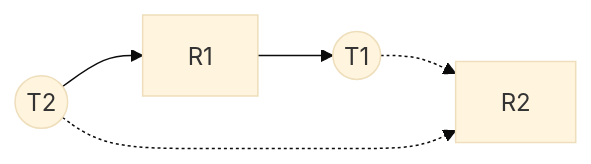
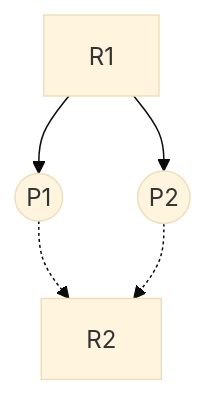
The second of 3 diagrams in materials/08-deadlocks/README.md (1chooo/os-101), drawn with Mermaid (base theme) before and after one commit. The commit also changed other lines of this file and 10 other files, not shown here.

````diff
--- a/materials/08-deadlocks/README.md
+++ b/materials/08-deadlocks/README.md
@@ -210,7 +365,12 @@
 ```mermaid
-graph LR
-    R1[R1] --> T1((T1));
-    T2((T2)) --> R1[R1];
-    T1((T1)) -.-> R2[R2];
-    T2((T2)) -.-> R2[R2];
+graph TD
+    A[R1]
+    B((P1))
+    C((P2))
+    D[R2]
+
+    A --> B
+    A --> C
+    B -.-> D
+    C -.-> D
 ```
````
